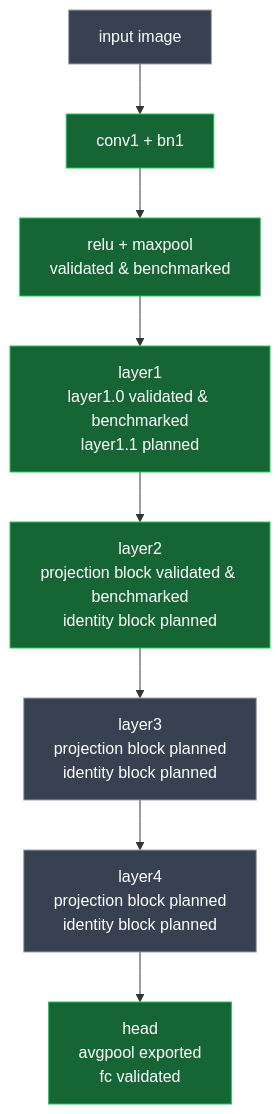
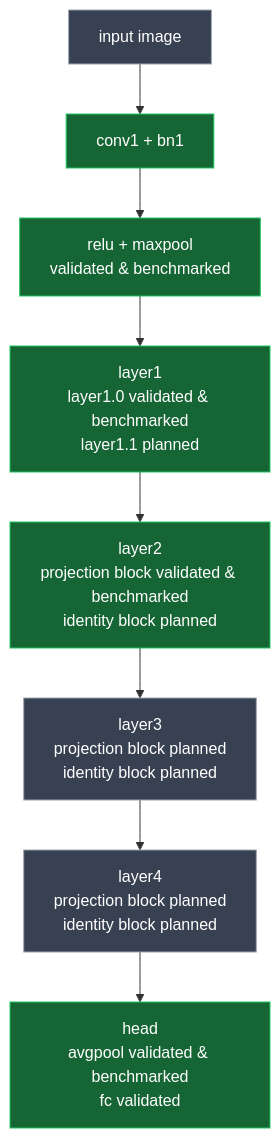
Before and after one commit to awaldm/dlinf: the diagram in docs/resnet18_coverage.md, drawn with Mermaid. The commit also changed other lines of this file and 7 other files, not shown here.

````diff
--- a/docs/resnet18_coverage.md
+++ b/docs/resnet18_coverage.md
@@ -10,21 +10,21 @@
 ```mermaid
 flowchart TB
     input["input image"]
     convbn["conv1 + bn1"]
     relupool["relu + maxpool<br/>validated &amp; benchmarked"]
     layer1["layer1<br/>layer1.0 validated &amp; benchmarked<br/>layer1.1 planned"]
     layer2["layer2<br/>projection block validated &amp; benchmarked<br/>identity block planned"]
     layer3["layer3<br/>projection block planned<br/>identity block planned"]
     layer4["layer4<br/>projection block planned<br/>identity block planned"]
-    head["head<br/>avgpool exported<br/>fc validated"]
+    head["head<br/>avgpool validated &amp; benchmarked<br/>fc validated"]
 
 
     input --> convbn --> relupool --> layer1 --> layer2 --> layer3 --> layer4 --> head
 
     classDef validated fill:#166534,stroke:#22c55e,color:#ffffff;
     classDef exported fill:#92400e,stroke:#f59e0b,color:#ffffff;
     classDef planned fill:#374151,stroke:#9ca3af,color:#ffffff;
 
     class convbn,layer1,layer2,head,relupool validated;
     class input,layer3,layer4 planned;
 ```
````
